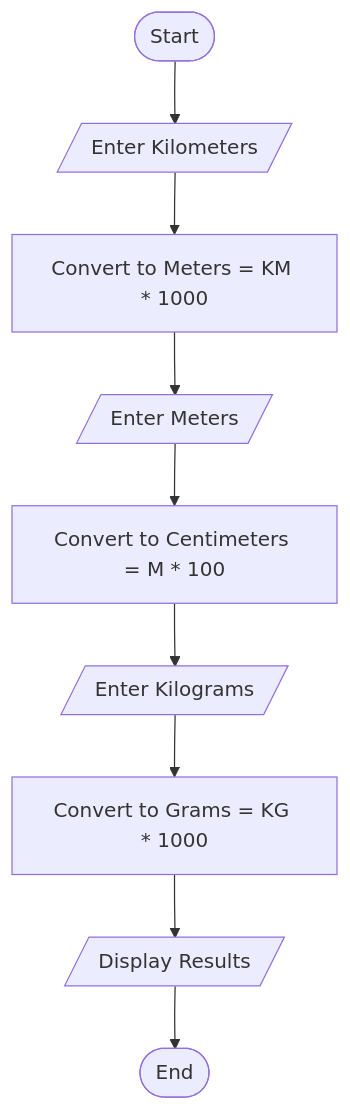
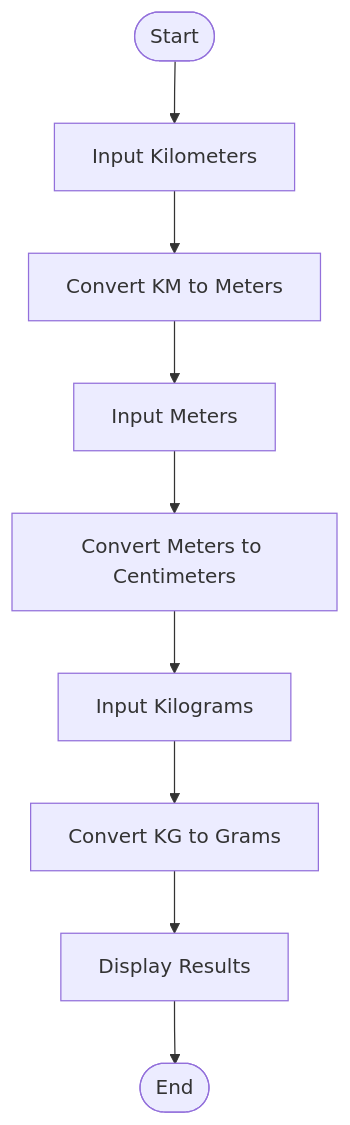
Before and after one commit to bhupendrasai1818/Python_programming-problem_solving: the diagram in Unit1/task7/unit_conversion.md, drawn with Mermaid. The commit also changed other lines of this file and 2 other files, not shown here.

````diff
--- a/Unit1/task7/unit_conversion.md
+++ b/Unit1/task7/unit_conversion.md
@@ -48,11 +16,11 @@
 ```mermaid
 flowchart TD
-    A([Start]) --> B[/Enter Kilometers/]
-    B --> C[Convert to Meters = KM * 1000]
-    C --> D[/Enter Meters/]
-    D --> E[Convert to Centimeters = M * 100]
-    E --> F[/Enter Kilograms/]
-    F --> G[Convert to Grams = KG * 1000]
-    G --> H[/Display Results/]
+    A([Start]) --> B[Input Kilometers]
+    B --> C[Convert KM to Meters]
+    C --> D[Input Meters]
+    D --> E[Convert Meters to Centimeters]
+    E --> F[Input Kilograms]
+    F --> G[Convert KG to Grams]
+    G --> H[Display Results]
     H --> I([End])
 ```
````
